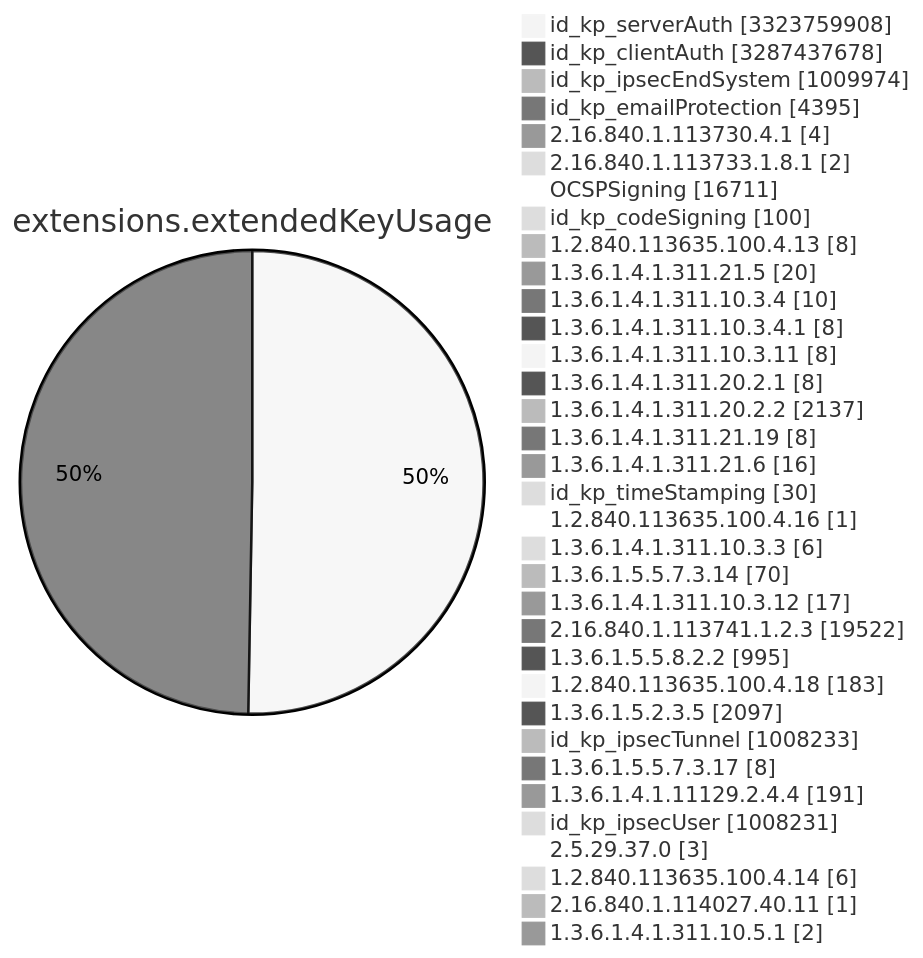
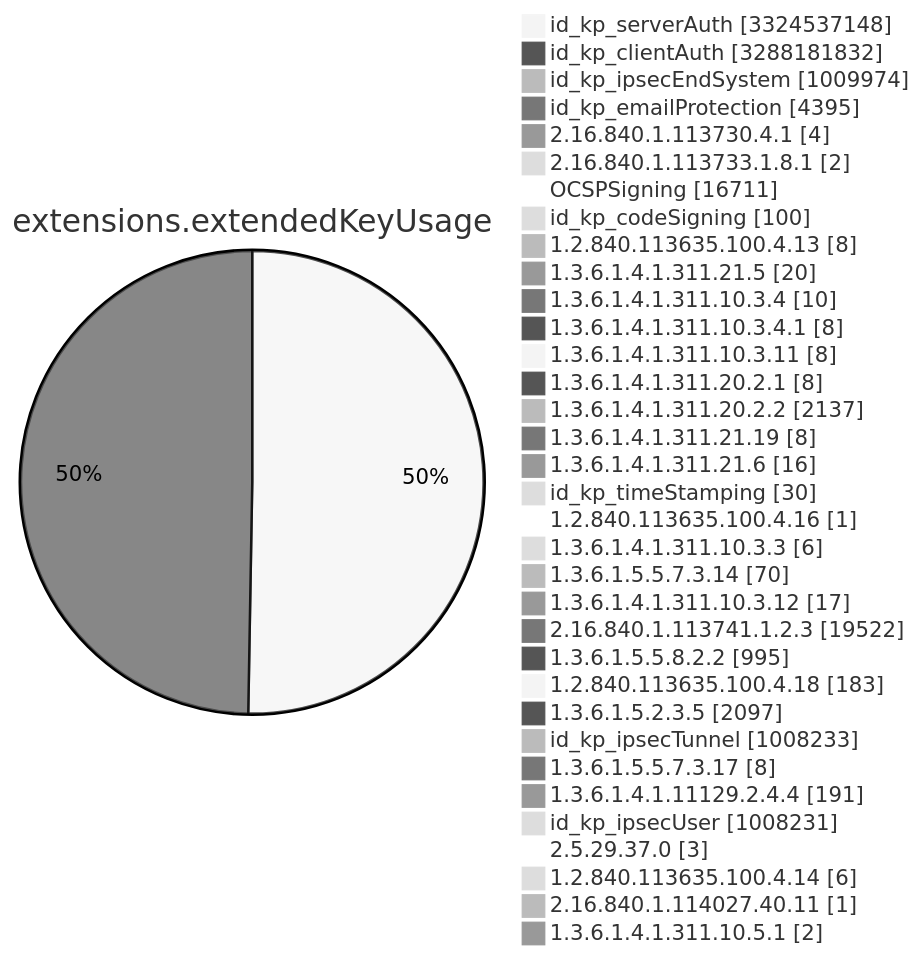
Diagram 11 of 15 in TOTAL/README.md (christiankrug/ctmonitor_visualization), drawn with Mermaid (neutral theme) before and after one commit. The commit also changed other lines of this file, not shown here.

````diff
--- a/TOTAL/README.md
+++ b/TOTAL/README.md
@@ -4120,38 +4120,38 @@
 ```mermaid
 pie showData
 title extensions.extendedKeyUsage
-"id_kp_serverAuth" :3323759908
-"id_kp_clientAuth" :3287437678
+"id_kp_serverAuth" :3324537148
+"id_kp_clientAuth" :3288181832
 "id_kp_ipsecEndSystem" :1009974
 "id_kp_emailProtection" :4395
 "2.16.840.1.113730.4.1" :4
 "2.16.840.1.113733.1.8.1" :2
 "OCSPSigning" :16711
 "id_kp_codeSigning" :100
 "1.2.840.113635.100.4.13" :8
 "1.3.6.1.4.1.311.21.5" :20
 "1.3.6.1.4.1.311.10.3.4" :10
 "1.3.6.1.4.1.311.10.3.4.1" :8
 "1.3.6.1.4.1.311.10.3.11" :8
 "1.3.6.1.4.1.311.20.2.1" :8
 "1.3.6.1.4.1.311.20.2.2" :2137
 "1.3.6.1.4.1.311.21.19" :8
 "1.3.6.1.4.1.311.21.6" :16
 "id_kp_timeStamping" :30
 "1.2.840.113635.100.4.16" :1
 "1.3.6.1.4.1.311.10.3.3" :6
 "1.3.6.1.5.5.7.3.14" :70
 "1.3.6.1.4.1.311.10.3.12" :17
 "2.16.840.1.113741.1.2.3" :19522
 "1.3.6.1.5.5.8.2.2" :995
 "1.2.840.113635.100.4.18" :183
 "1.3.6.1.5.2.3.5" :2097
 "id_kp_ipsecTunnel" :1008233
 "1.3.6.1.5.5.7.3.17" :8
 "1.3.6.1.4.1.11129.2.4.4" :191
 "id_kp_ipsecUser" :1008231
 "2.5.29.37.0" :3
 "1.2.840.113635.100.4.14" :6
 "2.16.840.1.114027.40.11" :1
 "1.3.6.1.4.1.311.10.5.1" :2
 ```
````
